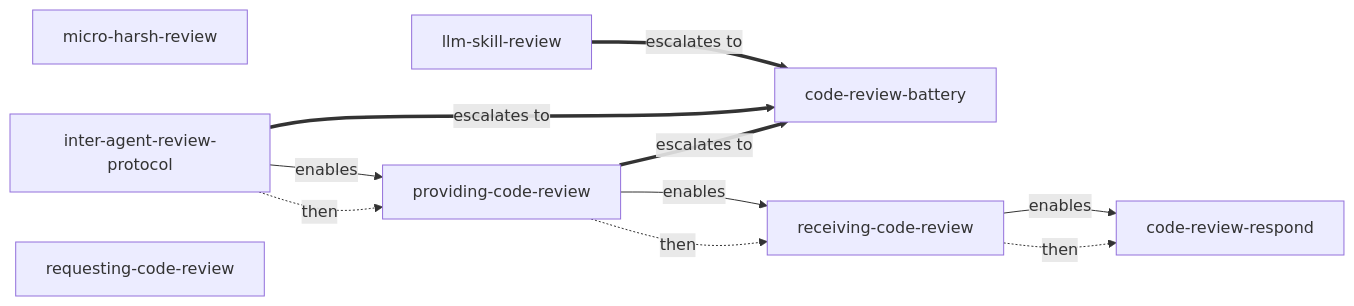
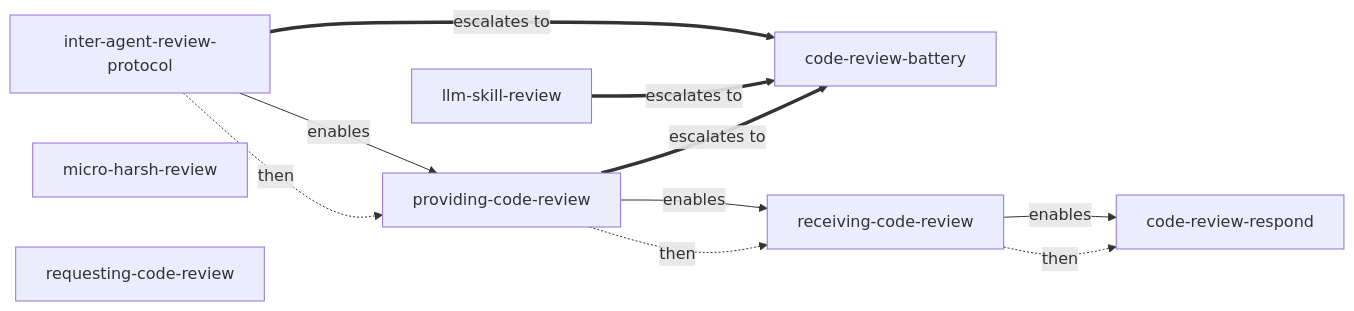
Before and after one commit to bordenet/superpowers-plus: the first of 27 diagrams in docs/skill-dependency-graph.md, drawn with Mermaid. The commit also changed other lines of this file and 6 other files, not shown here.

````diff
--- a/docs/skill-dependency-graph.md
+++ b/docs/skill-dependency-graph.md
@@ -14,20 +14,20 @@
 ```mermaid
 flowchart LR
   code_review_battery["code-review-battery"]
+  inter_agent_review_protocol["inter-agent-review-protocol"]
   llm_skill_review["llm-skill-review"]
   micro_harsh_review["micro-harsh-review"]
-  inter_agent_review_protocol["inter-agent-review-protocol"]
   requesting_code_review["requesting-code-review"]
   providing_code_review["providing-code-review"]
   receiving_code_review["receiving-code-review"]
   code_review_respond["code-review-respond"]
-  llm_skill_review ==>|escalates to| code_review_battery
   inter_agent_review_protocol -->|enables| providing_code_review
   inter_agent_review_protocol ==>|escalates to| code_review_battery
+  llm_skill_review ==>|escalates to| code_review_battery
   inter_agent_review_protocol -.->|then| providing_code_review
   providing_code_review -->|enables| receiving_code_review
   providing_code_review ==>|escalates to| code_review_battery
   providing_code_review -.->|then| receiving_code_review
   receiving_code_review -->|enables| code_review_respond
   receiving_code_review -.->|then| code_review_respond
 ```
````
